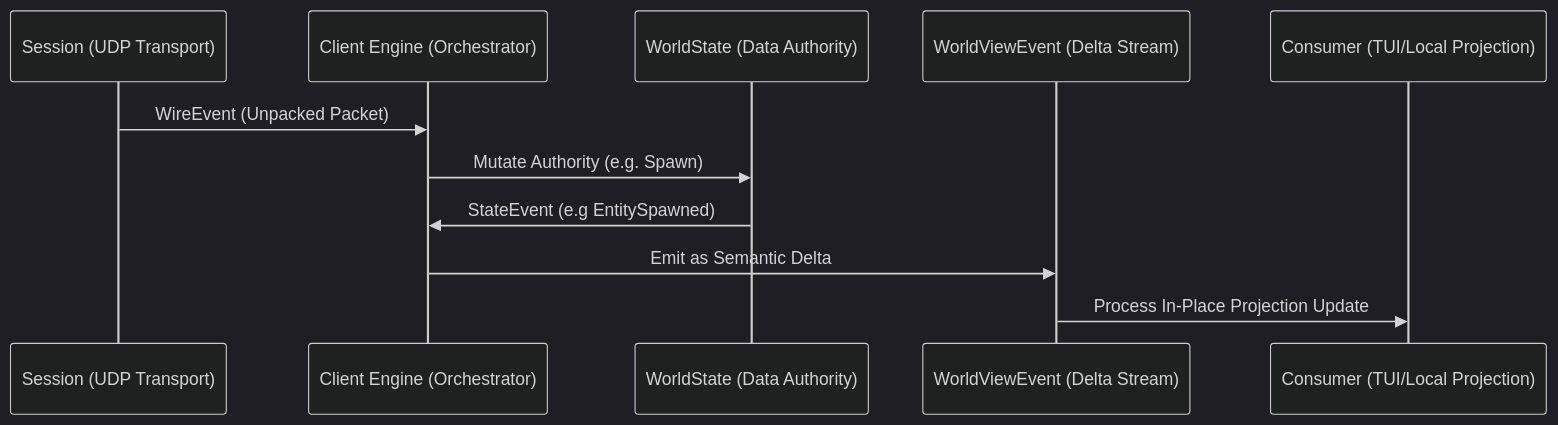
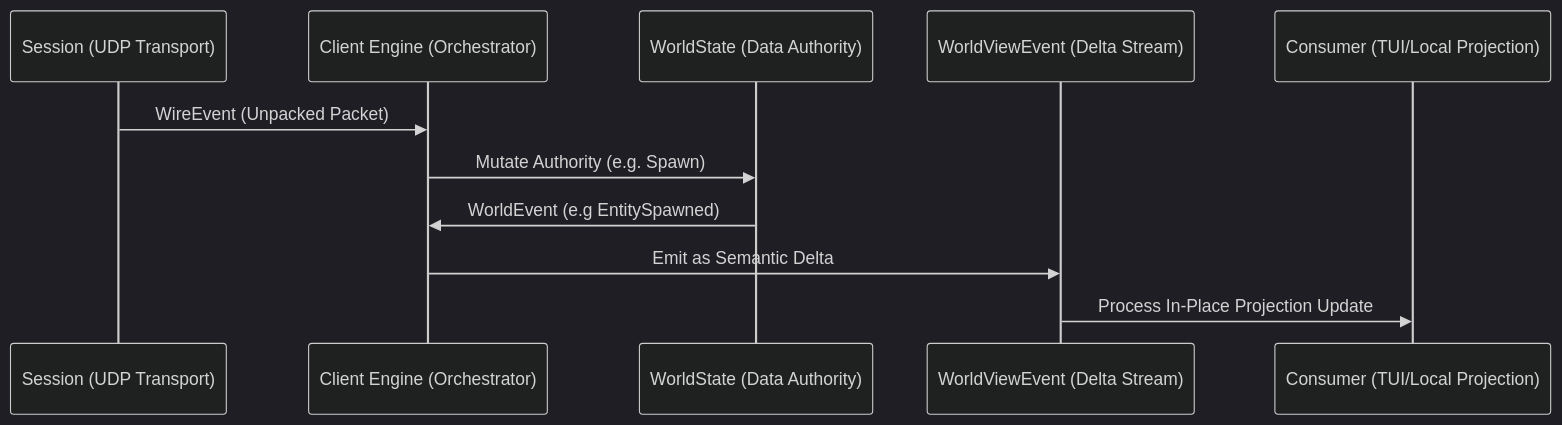
One commit to merklejerk/holtburger changed the diagram in crates/holtburger-core/ARCHITECTURE.md. Above: the diagram before and after it, drawn with Mermaid (dark theme). The commit also changed other lines of this file and 27 other files, not shown here.

Commit message:
refactor StateEvent -> WorldEvent with expanded meaning to reduce awkwardness between core and world crates

````diff
--- a/crates/holtburger-core/ARCHITECTURE.md
+++ b/crates/holtburger-core/ARCHITECTURE.md
@@ -116,14 +116,14 @@
 ```mermaid
 sequenceDiagram
     participant Net as Session (UDP Transport)
     participant Core as Client Engine (Orchestrator)
     participant World as WorldState (Data Authority)
     participant View as WorldViewEvent (Delta Stream)
     participant UI as Consumer (TUI/Local Projection)
 
     Net->>Core: WireEvent (Unpacked Packet)
     Core->>World: Mutate Authority (e.g. Spawn)
-    World->>Core: StateEvent (e.g EntitySpawned)
+    World->>Core: WorldEvent (e.g EntitySpawned)
     Core->>View: Emit as Semantic Delta
     View->>UI: Process In-Place Projection Update
 ```
````
